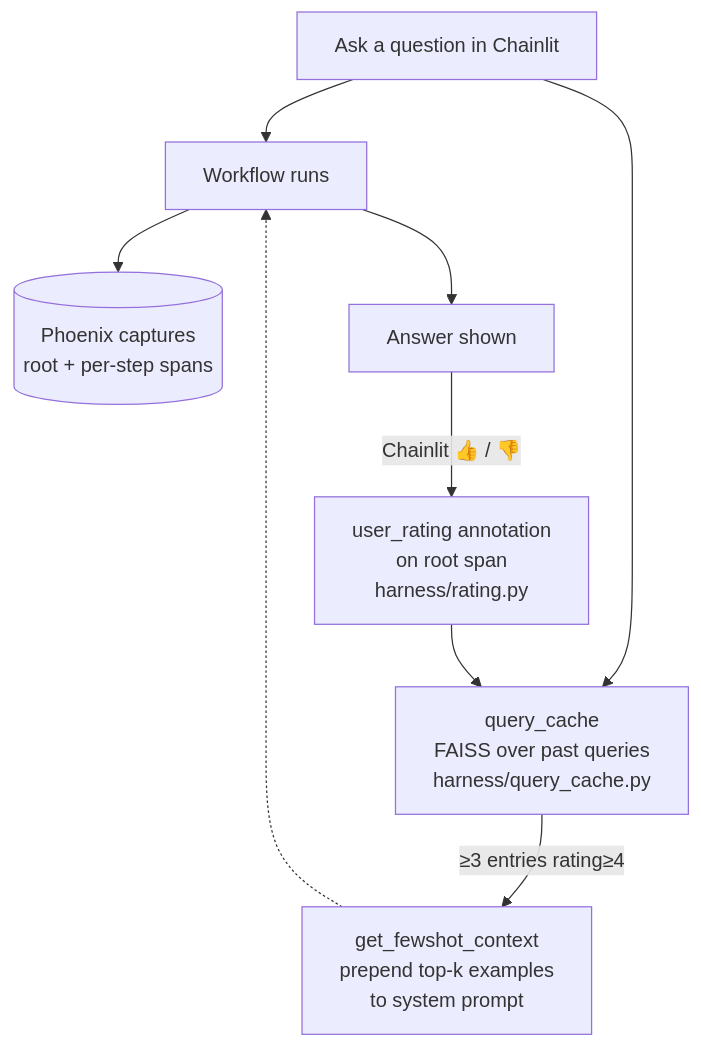
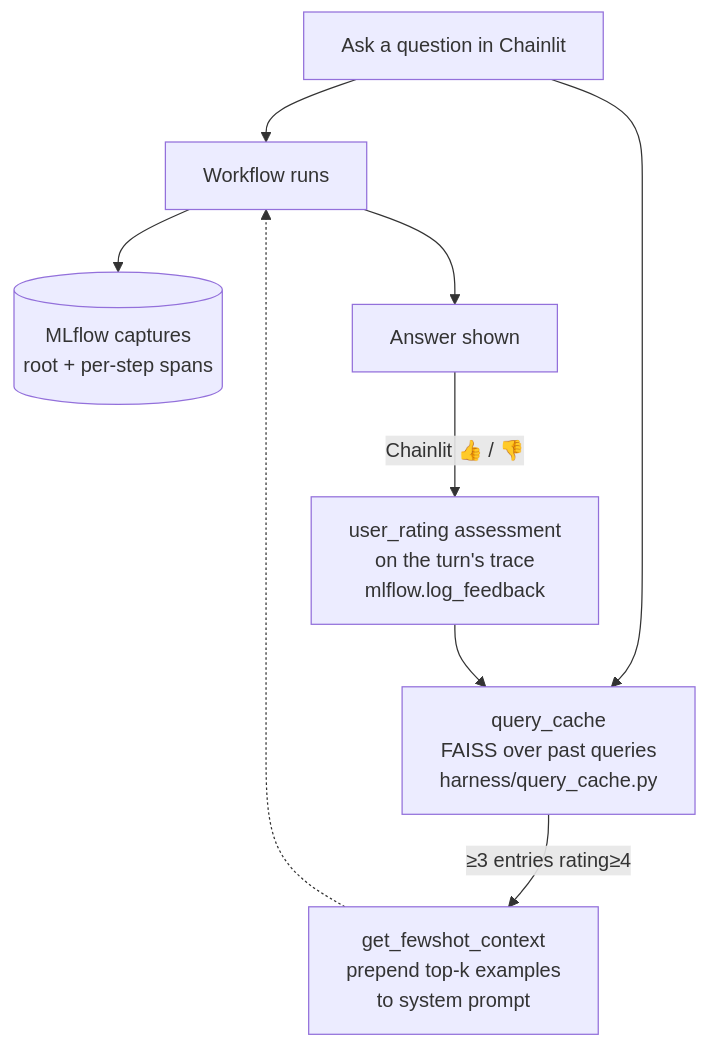
The second of 2 diagrams in docs/ONBOARDING.md (MoritzImendoerffer/ema_nlp), drawn with Mermaid before and after one commit. The commit also changed other lines of this file and 124 other files, not shown here.

````diff
--- a/docs/ONBOARDING.md
+++ b/docs/ONBOARDING.md
@@ -128,13 +132,13 @@
 ```mermaid
 flowchart TD
     Q[Ask a question in Chainlit] --> WF[Workflow runs]
-    WF --> PHX[(Phoenix captures<br/>root + per-step spans)]
+    WF --> PHX[(MLflow captures<br/>root + per-step spans)]
     WF --> ANS[Answer shown]
 
-    ANS -->|Chainlit 👍 / 👎| FB[user_rating annotation<br/>on root span<br/>harness/rating.py]
+    ANS -->|Chainlit 👍 / 👎| FB[user_rating assessment<br/>on the turn's trace<br/>mlflow.log_feedback]
 
     Q --> CACHE[query_cache<br/>FAISS over past queries<br/>harness/query_cache.py]
     FB --> CACHE
     CACHE -->|≥3 entries rating≥4| INJ[get_fewshot_context<br/>prepend top-k examples<br/>to system prompt]
     INJ -.-> WF
 ```
````
